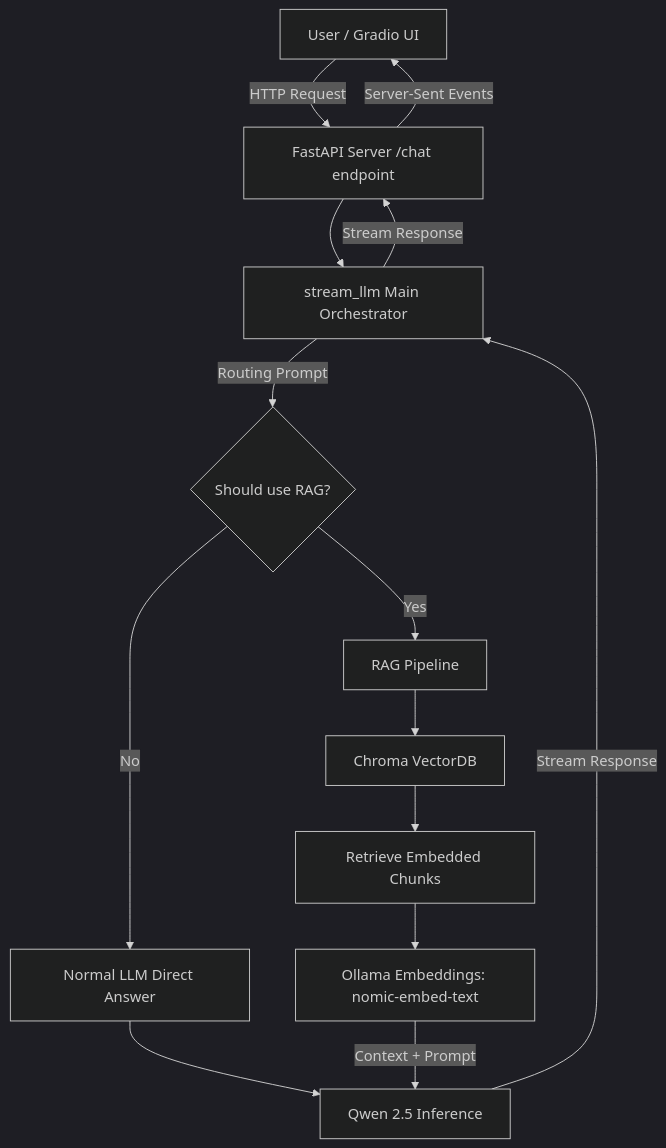
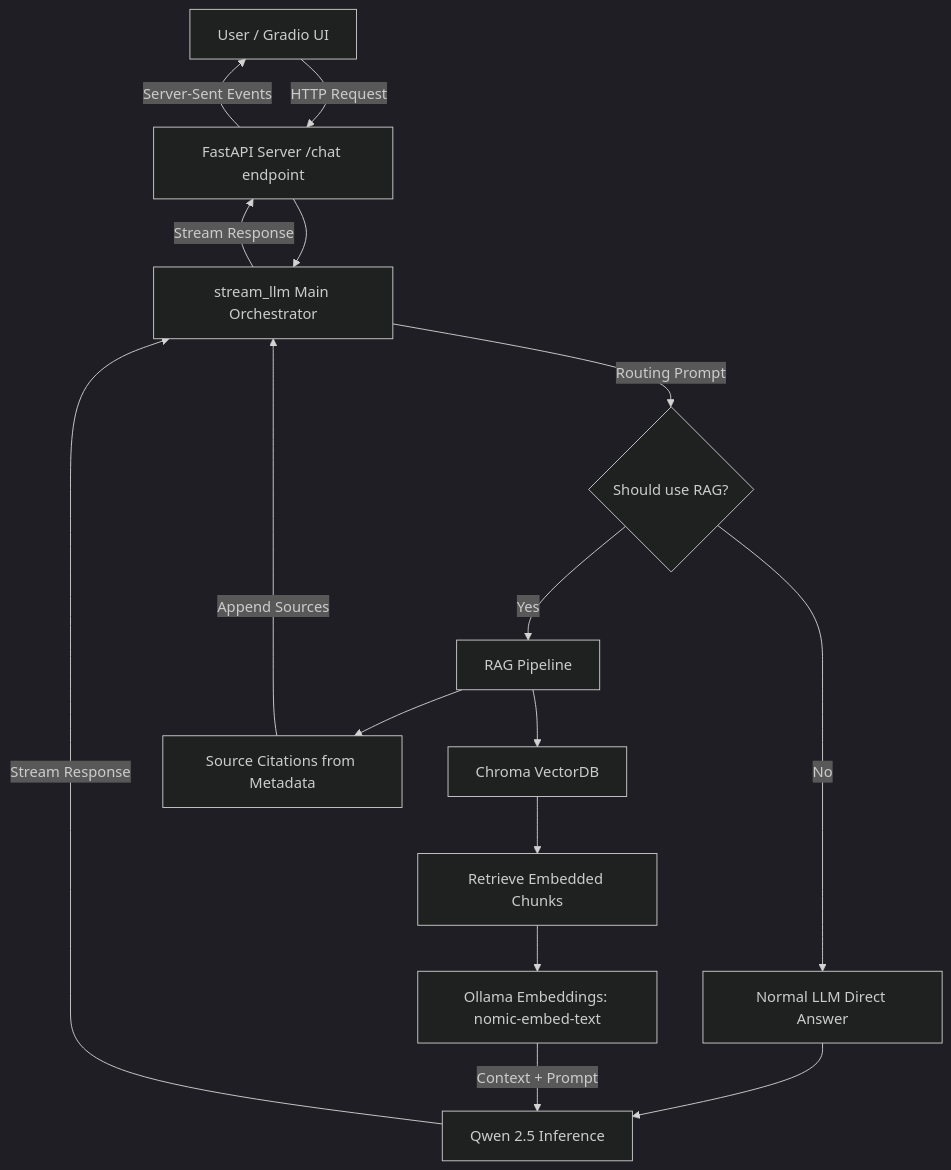
One commit to skdotv/mini-qwen-chat changed the first of 3 diagrams in README.md. Above: the diagram before and after it, drawn with Mermaid (dark theme). The commit also changed other lines of this file, not shown here.

Commit message:
docs: document RAG pipelines and citations

````diff
--- a/README.md
+++ b/README.md
@@ -25,21 +26,23 @@
 ```mermaid
 graph TD
     User[User / Gradio UI] -->|HTTP Request| FastAPI[FastAPI Server /chat endpoint]
     FastAPI --> Orchestrator[stream_llm Main Orchestrator]
     
     Orchestrator -->|Routing Prompt| Router{Should use RAG?}
     
     Router -->|No| NormalLLM[Normal LLM Direct Answer]
     Router -->|Yes| RAG[RAG Pipeline]
     
     RAG --> Chroma[Chroma VectorDB]
     Chroma --> Chunks[Retrieve Embedded Chunks]
     Chunks --> Embeddings[Ollama Embeddings: nomic-embed-text]
+    RAG --> Citations[Source Citations from Metadata]
     
     NormalLLM --> Qwen[Qwen 2.5 Inference]
     Embeddings -->|Context + Prompt| Qwen
+    Citations -->|Append Sources| Orchestrator
     
     Qwen -->|Stream Response| Orchestrator
     Orchestrator -->|Stream Response| FastAPI
     FastAPI -->|Server-Sent Events| User
 ```
````
